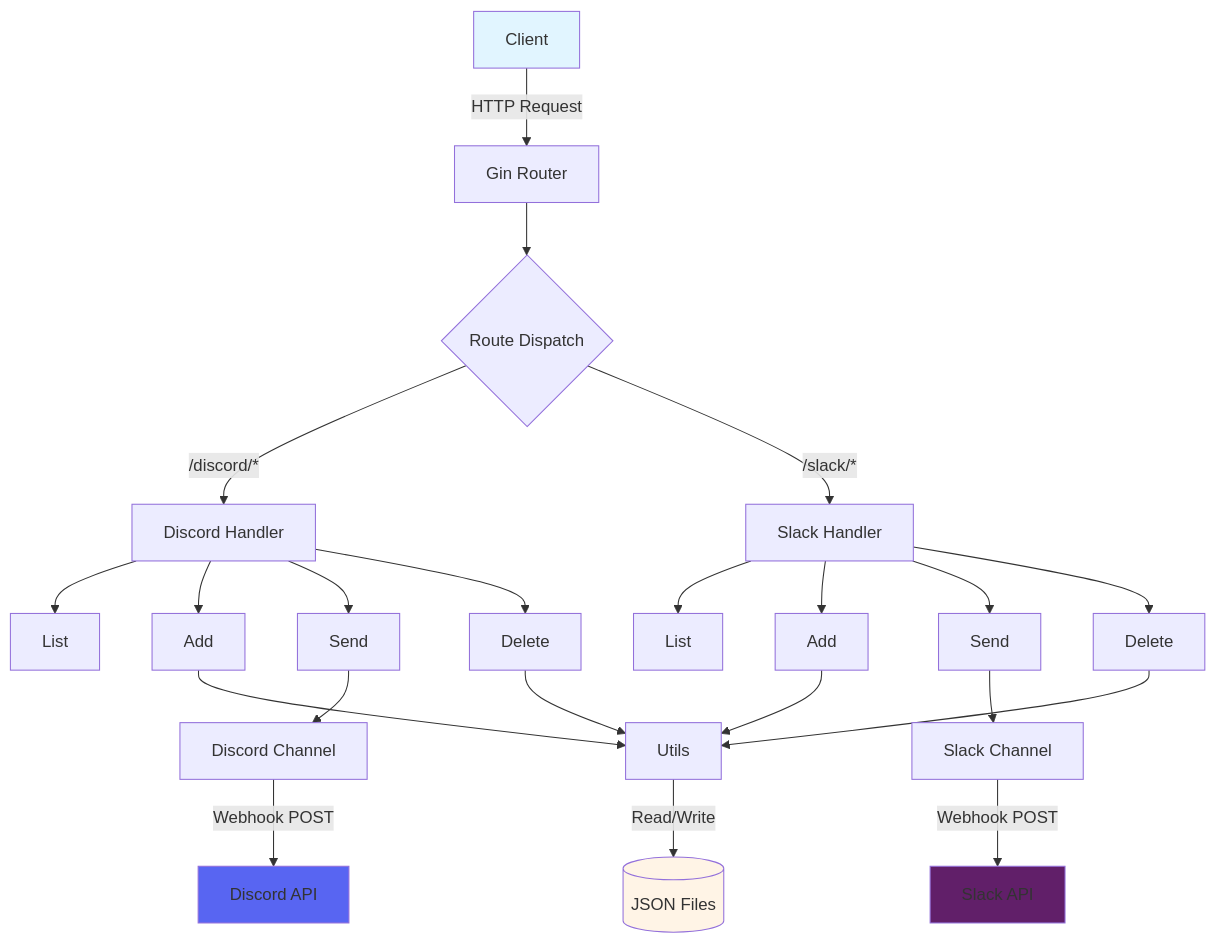
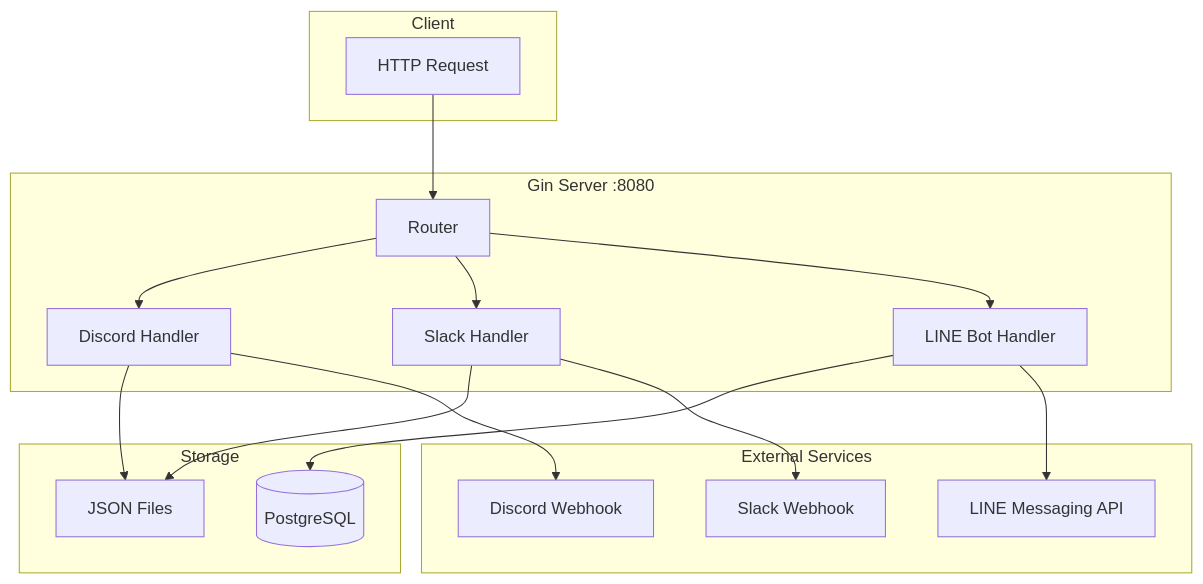
The first of 2 diagrams in README.md (pardnchiu/go-notify-hub), drawn with Mermaid before and after one commit. The commit also changed other lines of this file and 20 other files, not shown here.

````diff
--- a/README.md
+++ b/README.md
@@ -258,36 +21,32 @@
 ```mermaid
 graph TB
-    A[Client] -->|HTTP Request| B[Gin Router]
-    B --> C{Route Dispatch}
-    
-    C -->|/discord/*| D[Discord Handler]
-    C -->|/slack/*| E[Slack Handler]
-    
-    D --> D1[List]
-    D --> D2[Add]
-    D --> D3[Send]
-    D --> D4[Delete]
-    
-    E --> E1[List]
-    E --> E2[Add]
-    E --> E3[Send]
-    E --> E4[Delete]
-    
-    D3 --> F[Discord Channel]
-    E3 --> G[Slack Channel]
-    
-    F -->|Webhook POST| H[Discord API]
-    G -->|Webhook POST| I[Slack API]
-    
-    D2 --> J[Utils]
-    D4 --> J
-    E2 --> J
-    E4 --> J
-    
-    J -->|Read/Write| K[(JSON Files)]
-    
-    style A fill:#e1f5ff
-    style H fill:#5865f2
-    style I fill:#611f69
-    style K fill:#fff4e6
+    subgraph Client
+        A[HTTP Request]
+    end
+
+    subgraph API["Gin Server :8080"]
+        B[Router]
+        B --> C[Discord Handler]
+        B --> D[Slack Handler]
+        B --> E[LINE Bot Handler]
+    end
+
+    subgraph Storage
+        F[(PostgreSQL)]
+        G[JSON Files]
+    end
+
+    subgraph External["External Services"]
+        H[Discord Webhook]
+        I[Slack Webhook]
+        J[LINE Messaging API]
+    end
+
+    A --> B
+    C --> G
+    C --> H
+    D --> G
+    D --> I
+    E --> F
+    E --> J
 ```
````
